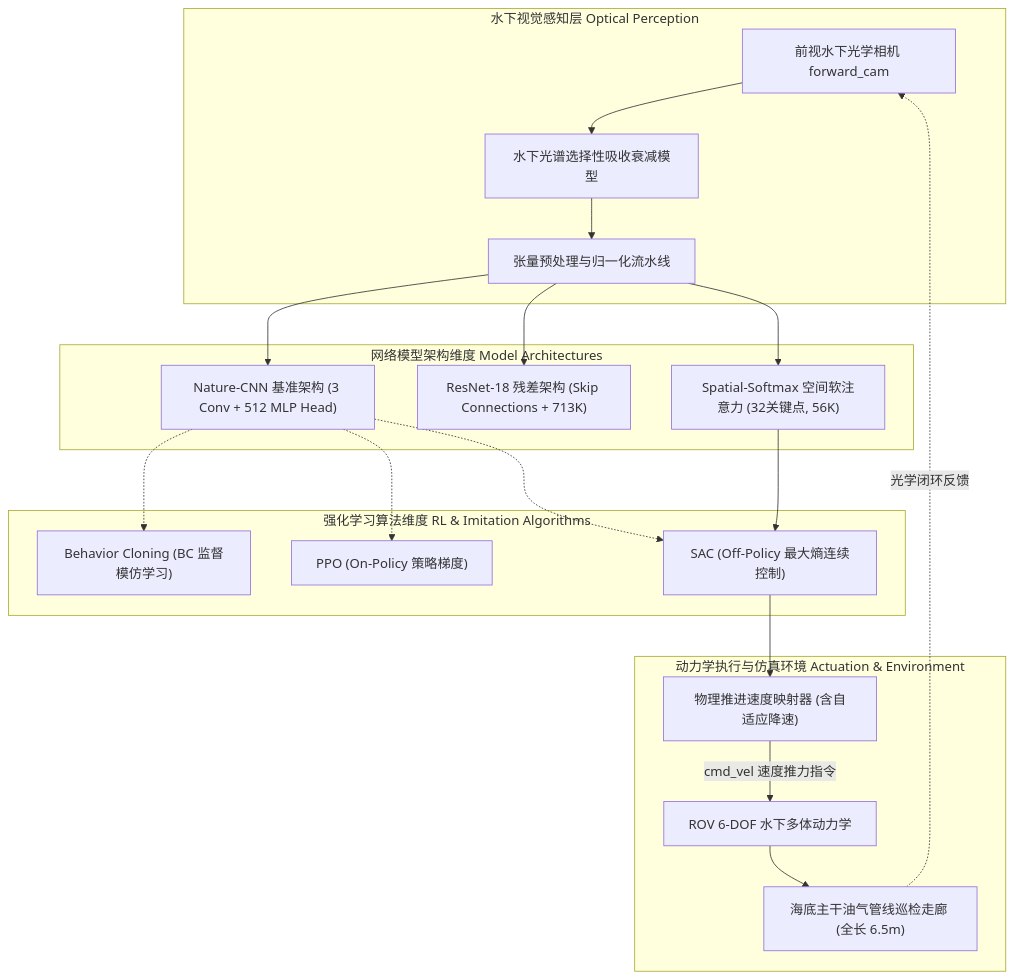
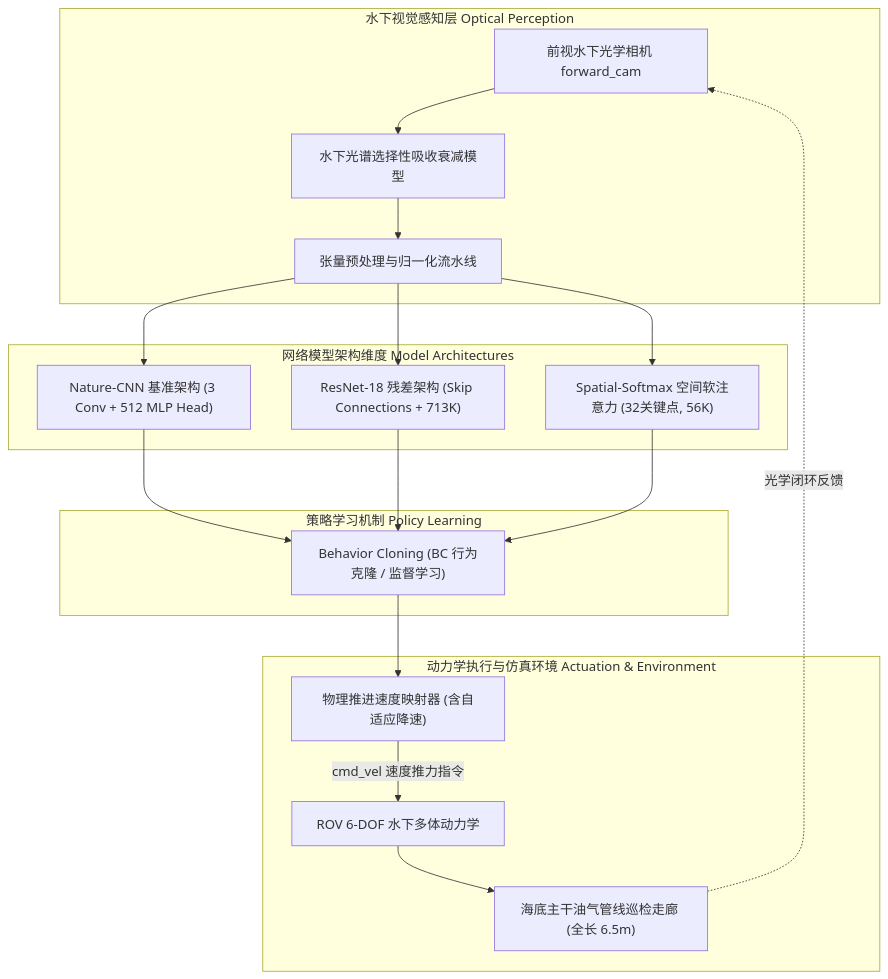
Before and after one commit to OpenHUTB/ros2: the diagram in docs/water/rov_end_to_end_nn.md, drawn with Mermaid. The commit also changed other lines of this file and 7 other files, not shown here.

````diff
--- a/docs/water/rov_end_to_end_nn.md
+++ b/docs/water/rov_end_to_end_nn.md
@@ -20,40 +20,37 @@
 ```mermaid
 graph TD
     subgraph PerceptionLayer["水下视觉感知层 Optical Perception"]
         RawCam["前视水下光学相机 forward_cam"]
         WaterFX["水下光谱选择性吸收衰减模型"]
         Preprocess["张量预处理与归一化流水线"]
     end
 
     subgraph ArchitectureLayer["网络模型架构维度 Model Architectures"]
         ArchA["Nature-CNN 基准架构 (3 Conv + 512 MLP Head)"]
         ArchB["ResNet-18 残差架构 (Skip Connections + 713K)"]
         ArchC["Spatial-Softmax 空间软注意力 (32关键点, 56K)"]
     end
 
-    subgraph AlgorithmLayer["强化学习算法维度 RL & Imitation Algorithms"]
-        AlgoBC["Behavior Cloning (BC 监督模仿学习)"]
-        AlgoPPO["PPO (On-Policy 策略梯度)"]
-        AlgoSAC["SAC (Off-Policy 最大熵连续控制)"]
+    subgraph PolicyLayer["策略学习机制 Policy Learning"]
+        AlgoBC["Behavior Cloning (BC 行为克隆 / 监督学习)"]
     end
 
     subgraph ActuationLayer["动力学执行与仿真环境 Actuation & Environment"]
         PhysicalMap["物理推进速度映射器 (含自适应降速)"]
         ROVForces["ROV 6-DOF 水下多体动力学"]
         PipelineCorridor["海底主干油气管线巡检走廊 (全长 6.5m)"]
     end
 
     RawCam --> WaterFX
     WaterFX --> Preprocess
     Preprocess --> ArchA
     Preprocess --> ArchB
     Preprocess --> ArchC
-    ArchA -.-> AlgoBC
-    ArchA -.-> AlgoPPO
-    ArchA -.-> AlgoSAC
-    ArchC --> AlgoSAC
-    AlgoSAC --> PhysicalMap
+    ArchA --> AlgoBC
+    ArchB --> AlgoBC
+    ArchC --> AlgoBC
+    AlgoBC --> PhysicalMap
     PhysicalMap -->|cmd_vel 速度推力指令| ROVForces
     ROVForces --> PipelineCorridor
     PipelineCorridor -.->|光学闭环反馈| RawCam
 ```
````
